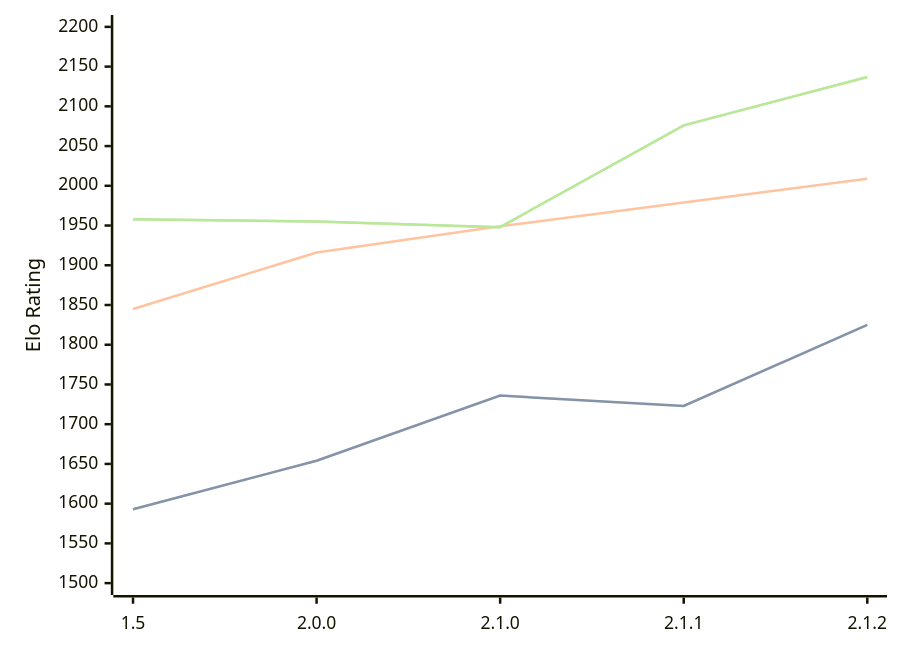
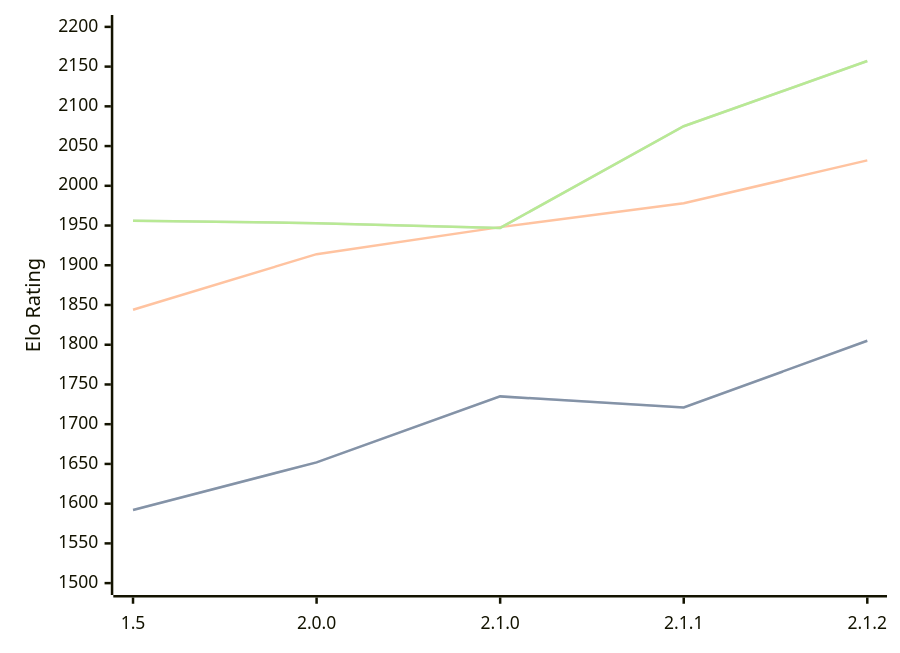
The diagram in engines/Rudim.md (computer-chess-index/cci), drawn with Mermaid before and after one commit. The commit also changed other lines of this file, not shown here.

Commit message:
Update CCI Ratings (ELO VLTC) - 2026-06-07

````diff
--- a/engines/Rudim.md
+++ b/engines/Rudim.md
@@ -40,11 +45,11 @@
 ```mermaid
 %%{init: {"theme":"base","themeVariables":{"seriesColors:['#a3a3a3','#222221','#faa371']}}}%%
 xychart-beta
   x-axis ["1.5", "2.0.0", "2.1.0", "2.1.1", "2.1.2"]
   y-axis "Elo Rating" 1500 --> 2200
-  line "STC (8.0+0.08s)" [1593, 1654, 1736, 1723, 1825]
-  line "STC (8.0+0.08s)" [1593, 1654, 1736, 1723, 1825]
-  line "LTC (60.0+0.60s)" [1845, 1916, 1949, 1979, 2009]
-  line "VLTC (2m24s+1.12s)" [1958, 1955, 1948, 2076, 2137]
-  line "VLTC (2m24s+1.12s)" [1958, 1955, 1948, 2076, 2137]
+  line "STC (8.0+0.08s)" [1592, 1652, 1735, 1721, 1805]
+  line "STC (8.0+0.08s)" [1592, 1652, 1735, 1721, 1805]
+  line "LTC (60.0+0.60s)" [1844, 1914, 1948, 1978, 2032]
+  line "VLTC (2m24s+1.12s)" [1956, 1953, 1947, 2075, 2157]
+  line "VLTC (2m24s+1.12s)" [1956, 1953, 1947, 2075, 2157]
 ```
````
